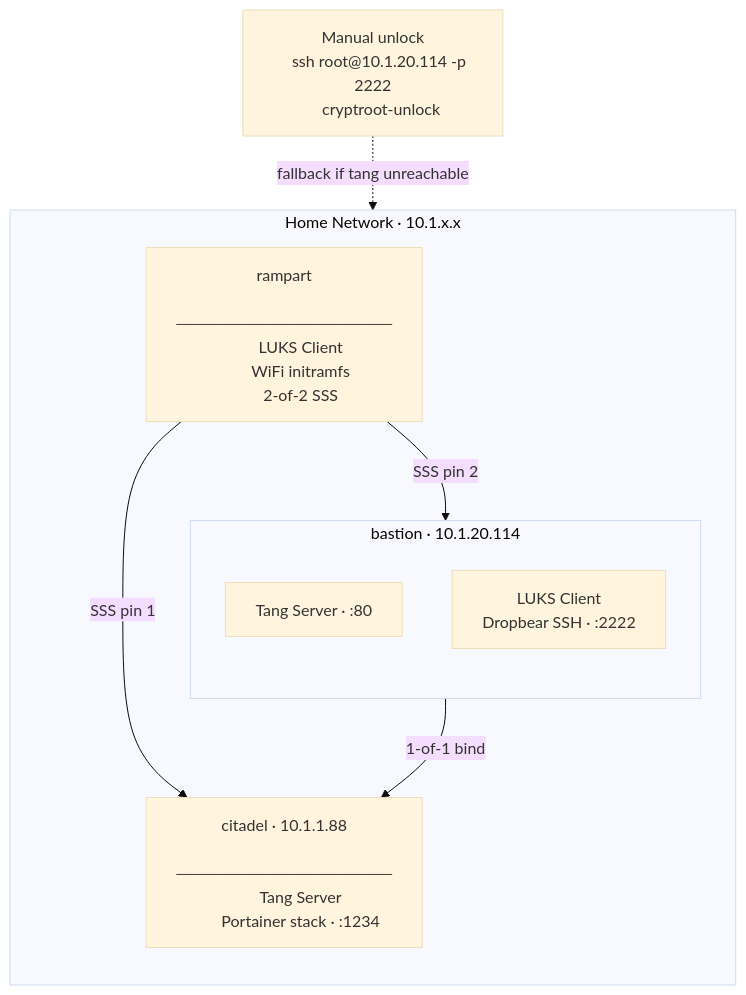
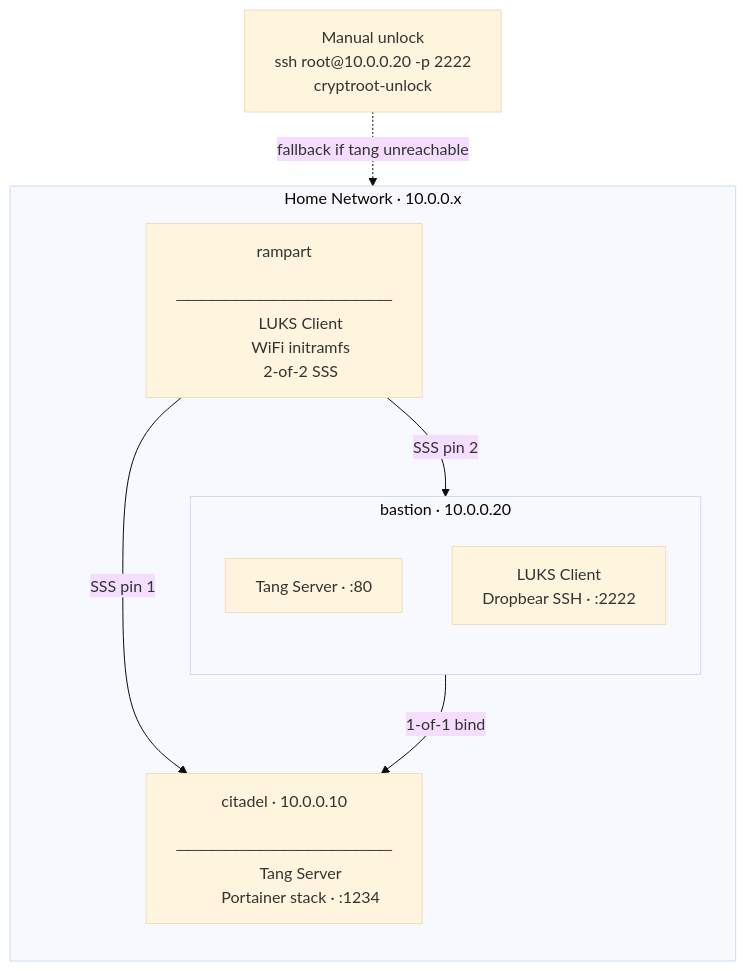
The diagram in README.md (mainframegremlin/nbde-tang-clevis), drawn with Mermaid (base theme) before and after one commit. The commit also changed other lines of this file and 6 other files, not shown here.

````diff
--- a/README.md
+++ b/README.md
@@ -46,33 +46,33 @@
 ```mermaid
 graph TB
-    subgraph LAN["Home Network · 10.1.x.x"]
+    subgraph LAN["Home Network · 10.0.0.x"]
         direction TB
 
-        citadel["citadel · 10.1.1.88
+        citadel["citadel · 10.0.0.10
         ──────────────────
         Tang Server
         Portainer stack · :1234"]
 
-        subgraph bastion_node["bastion · 10.1.20.114"]
+        subgraph bastion_node["bastion · 10.0.0.20"]
             direction TB
             bastion_tang["Tang Server · :80"]
             bastion_luks["LUKS Client
             Dropbear SSH · :2222"]
         end
 
         rampart["rampart
         ──────────────────
         LUKS Client
         WiFi initramfs
         2-of-2 SSS"]
     end
 
     ssh_unlock["Manual unlock
-    ssh root@10.1.20.114 -p 2222
+    ssh root@10.0.0.20 -p 2222
     cryptroot-unlock"]
 
     bastion_luks -- "1-of-1 bind" --> citadel
     rampart -- "SSS pin 1" --> citadel
     rampart -- "SSS pin 2" --> bastion_tang
     ssh_unlock -. "fallback if tang unreachable" .-> bastion_luks
 ```
````
